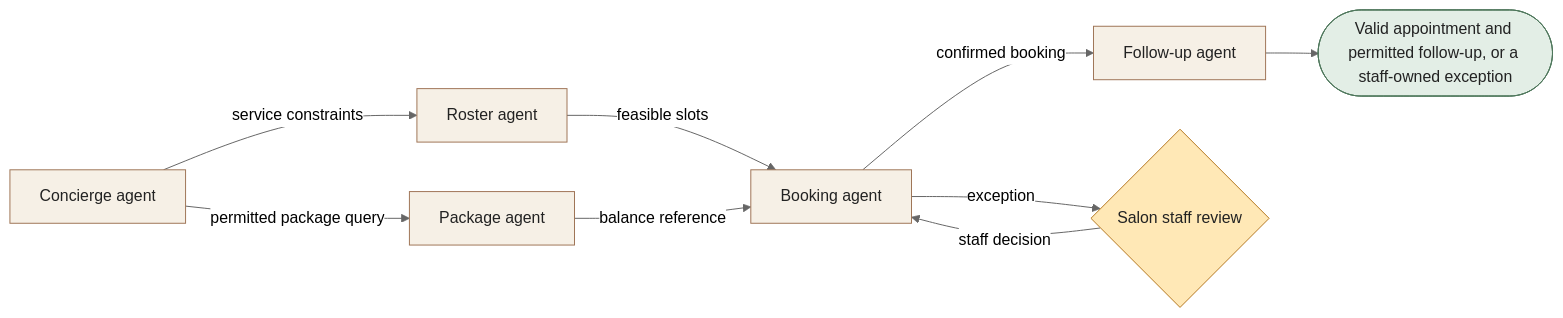
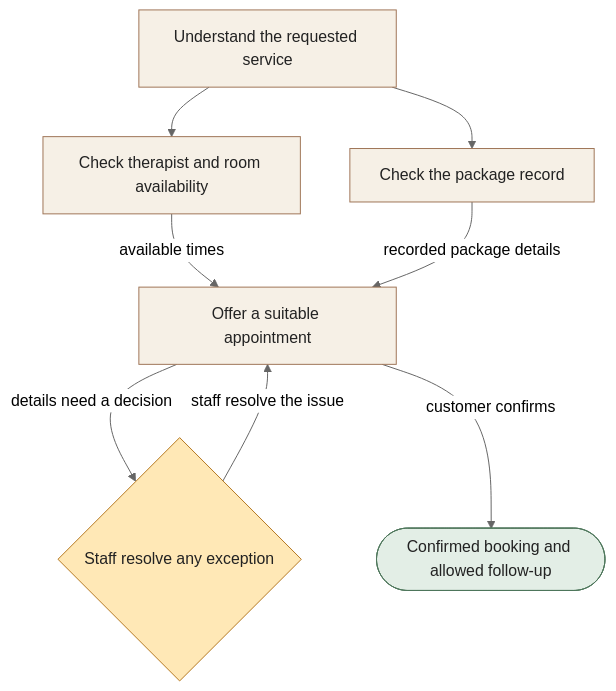
Before and after one commit to dextee/claude-code-agent-team-guide: the diagram in docs/workflows/beauty-and-wellness.md, drawn with Mermaid (neutral theme). The commit also changed other lines of this file and 28 other files, not shown here.

````diff
--- a/docs/workflows/beauty-and-wellness.md
+++ b/docs/workflows/beauty-and-wellness.md
@@ -21,24 +25,22 @@
 ```mermaid
-flowchart LR
-A["Concierge agent"]
-B["Roster agent"]
-C["Package agent"]
-D["Booking agent"]
-E["Follow-up agent"]
-H{"Salon staff review"}
-O(["Valid appointment and permitted follow-up, or a staff-owned exception"])
-A -->|service constraints| B
-A -->|permitted package query| C
-B -->|feasible slots| D
-C -->|balance reference| D
-D -->|exception| H
-H -->|staff decision| D
-D -->|confirmed booking| E
-E --> O
-classDef agent fill:#f6f0e6,stroke:#9f7557,color:#222222
+flowchart TD
+A["Understand the requested service"]
+B["Check therapist and room availability"]
+C["Check the package record"]
+D["Offer a suitable appointment"]
+H{"Staff resolve any exception"}
+O(["Confirmed booking and allowed follow-up"])
+A --> B
+A --> C
+B -->|available times| D
+C -->|recorded package details| D
+D -->|details need a decision| H
+H -->|staff resolve the issue| D
+D -->|customer confirms| O
+classDef assistant fill:#f6f0e6,stroke:#9f7557,color:#222222
 classDef human fill:#ffe8b6,stroke:#b57821,color:#222222
 classDef outcome fill:#e3eee6,stroke:#4e775c,color:#222222
-class A,B,C,D,E agent
+class A,B,C,D assistant
 class H human
 class O outcome
 ```
````
